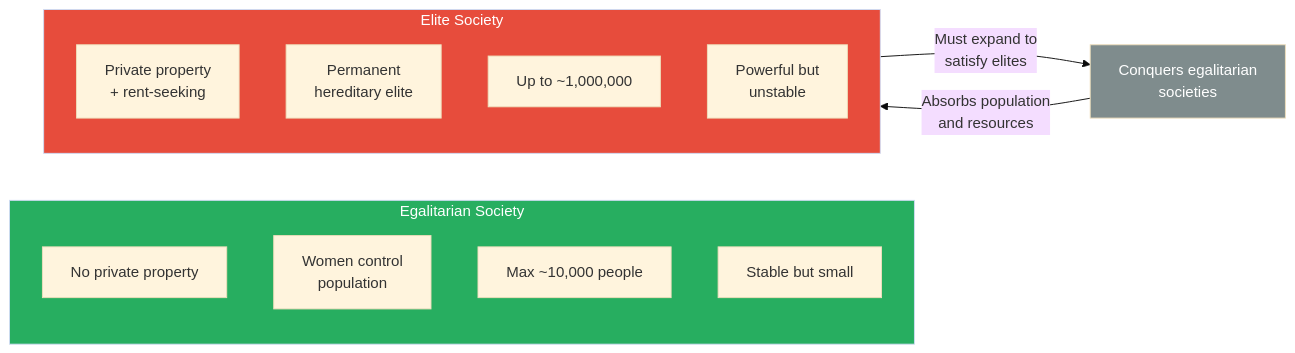
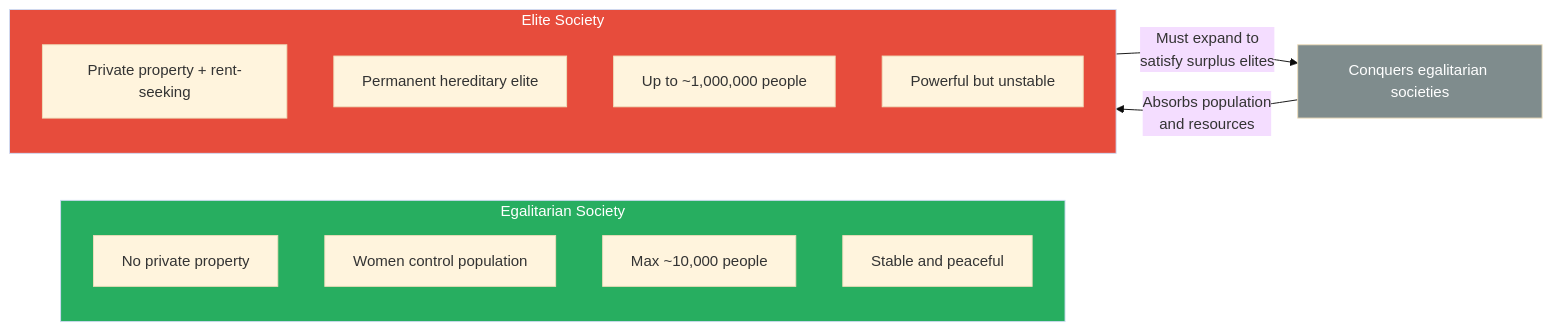
One commit to alius33/reader changed the eighth of 8 diagrams in summaries/Lectures/Civilization/06 - Elite Overproduction and the Bronze Age Collapse.md. Above: the diagram before and after it, drawn with Mermaid (base theme). The commit also changed other lines of this file and 26 other files, not shown here.

````diff
--- a/summaries/Lectures/Civilization/06 - Elite Overproduction and the Bronze Age Collapse.md
+++ b/summaries/Lectures/Civilization/06 - Elite Overproduction and the Bronze Age Collapse.md
@@ -302,20 +448,20 @@
 ```mermaid
 flowchart LR
     subgraph EG["Egalitarian Society"]
         E1["No private property"]
-        E2["Women control<br/>population"]
+        E2["Women control population"]
         E3["Max ~10,000 people"]
-        E4["Stable but small"]
+        E4["Stable and peaceful"]
     end
     subgraph EL["Elite Society"]
-        L1["Private property<br/>+ rent-seeking"]
-        L2["Permanent<br/>hereditary elite"]
-        L3["Up to ~1,000,000"]
-        L4["Powerful but<br/>unstable"]
+        L1["Private property + rent-seeking"]
+        L2["Permanent hereditary elite"]
+        L3["Up to ~1,000,000 people"]
+        L4["Powerful but unstable"]
     end
-    EL -->|"Must expand to<br/>satisfy elites"| CON["Conquers egalitarian<br/>societies"]
+    EL -->|"Must expand to<br/>satisfy surplus elites"| CON["Conquers egalitarian societies"]
     CON -->|"Absorbs population<br/>and resources"| EL
     style EG fill:#27ae60,color:#fff
     style EL fill:#e74c3c,color:#fff
     style CON fill:#7f8c8d,color:#fff
 ```
````
